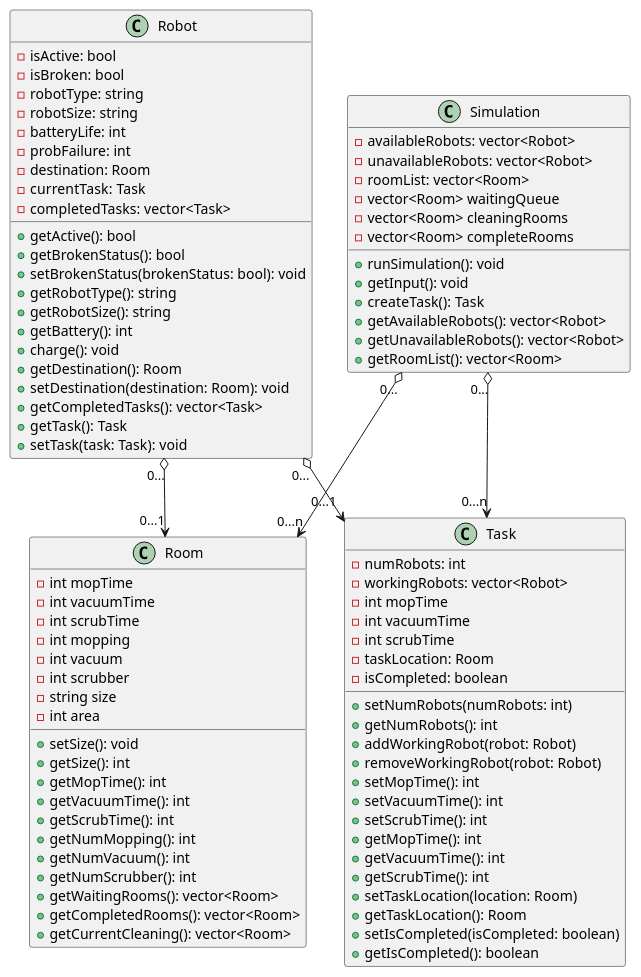
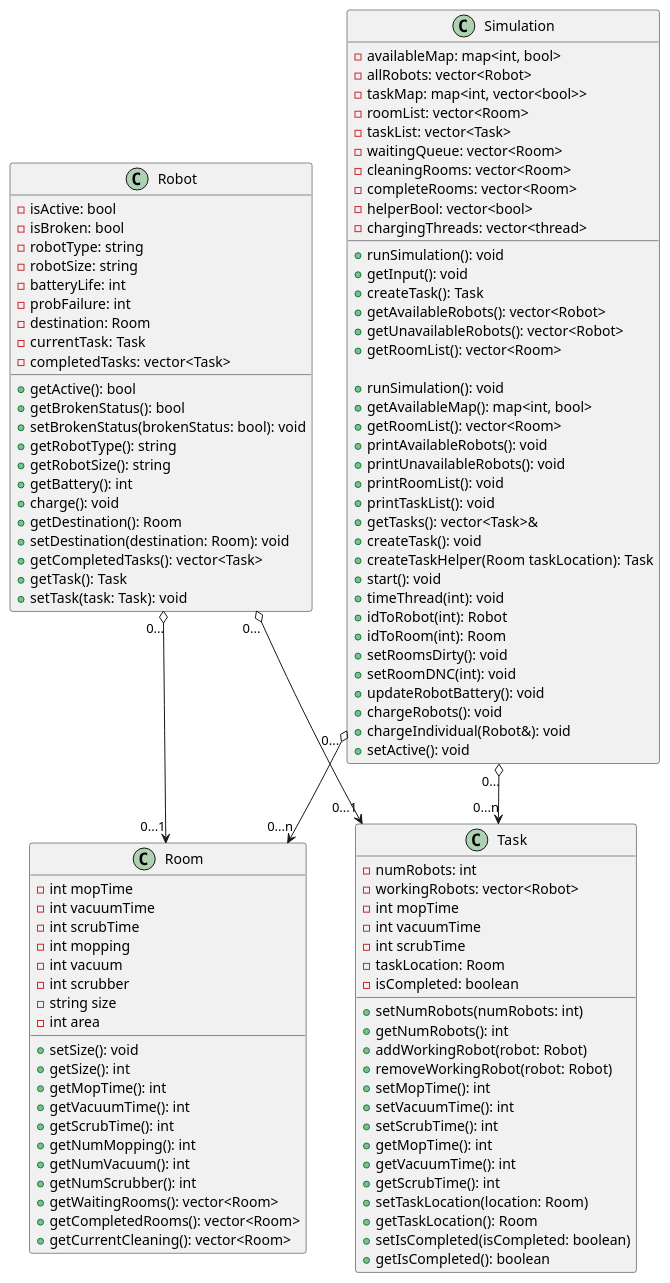
One commit to ur-cs-courses/course-project-clean-squad changed the diagram in docs/design/classDiagrams/classDiagrams.puml. Above: the diagram before and after it, drawn with PlantUML.

Commit message:
Update simulation in classDiagrams.puml

```diff
--- a/docs/design/classDiagrams/classDiagrams.puml
+++ b/docs/design/classDiagrams/classDiagrams.puml
@@ -1,97 +1,122 @@
 @startuml classDiagrams
 
 class Robot {
     - isActive: bool
     - isBroken: bool
     - robotType: string
     - robotSize: string
     - batteryLife: int
     - probFailure: int
     - destination: Room
     - currentTask: Task
     - completedTasks: vector<Task>
     + getActive(): bool
     + getBrokenStatus(): bool
     + setBrokenStatus(brokenStatus: bool): void
     + getRobotType(): string
     + getRobotSize(): string
     + getBattery(): int
     + charge(): void
     + getDestination(): Room
     + setDestination(destination: Room): void
     + getCompletedTasks(): vector<Task>
     + getTask(): Task
     + setTask(task: Task): void
 }
 
 class Room {
     - int mopTime
     - int vacuumTime
     - int scrubTime
     - int mopping
     - int vacuum
     - int scrubber
     - string size
     - int area
 
     + setSize(): void
     + getSize(): int
     + getMopTime(): int
     + getVacuumTime(): int
     + getScrubTime(): int
     + getNumMopping(): int
     + getNumVacuum(): int
     + getNumScrubber(): int
     + getWaitingRooms(): vector<Room>
     + getCompletedRooms(): vector<Room>
     + getCurrentCleaning(): vector<Room>
     
 }
 
 class Simulation {
-    - availableRobots: vector<Robot>
-    - unavailableRobots: vector<Robot>
-    - roomList: vector<Room>
-    - vector<Room> waitingQueue
-    - vector<Room> cleaningRooms
-    - vector<Room> completeRooms
+    - availableMap: map<int, bool> 
+    - allRobots: vector<Robot> 
+    - taskMap: map<int, vector<bool>> 
+    - roomList: vector<Room>  
+    - taskList: vector<Task> 
+    - waitingQueue: vector<Room> 
+    - cleaningRooms: vector<Room> 
+    - completeRooms: vector<Room> 
+    - helperBool: vector<bool> 
+    - chargingThreads: vector<thread> 
 
     + runSimulation(): void
     + getInput(): void
     + createTask(): Task
     + getAvailableRobots(): vector<Robot>
     + getUnavailableRobots(): vector<Robot>
     + getRoomList(): vector<Room>
+
+    + runSimulation(): void 
+    + getAvailableMap(): map<int, bool> 
+    + getRoomList(): vector<Room> 
+    + printAvailableRobots(): void 
+    + printUnavailableRobots(): void 
+    + printRoomList(): void 
+    + printTaskList(): void 
+    + getTasks(): vector<Task>& 
+    + createTask(): void 
+    + createTaskHelper(Room taskLocation): Task 
+    + start(): void 
+    + timeThread(int): void     
+    + idToRobot(int): Robot 
+    + idToRoom(int): Room 
+    + setRoomsDirty(): void   
+    + setRoomDNC(int): void 
+    + updateRobotBattery(): void 
+    + chargeRobots(): void 
+    + chargeIndividual(Robot&): void 
+    + setActive(): void 
 }
 
 class Task {
   - numRobots: int
   - workingRobots: vector<Robot>
   - int mopTime
   - int vacuumTime
   - int scrubTime
   - taskLocation: Room
   - isCompleted: boolean
   + setNumRobots(numRobots: int)
   + getNumRobots(): int
   + addWorkingRobot(robot: Robot)
   + removeWorkingRobot(robot: Robot)
   + setMopTime(): int
   + setVacuumTime(): int
   + setScrubTime(): int
   + getMopTime(): int
   + getVacuumTime(): int
   + getScrubTime(): int
   + setTaskLocation(location: Room)
   + getTaskLocation(): Room
   + setIsCompleted(isCompleted: boolean)
   + getIsCompleted(): boolean
 }
 
 Robot "0..." o--> "0...1" Room
 Robot "0..." o--> "0...1" Task
 Simulation "0..." o--> "0...n" Room
 Simulation "0..." o--> "0...n" Task
 
 
 @enduml
```
